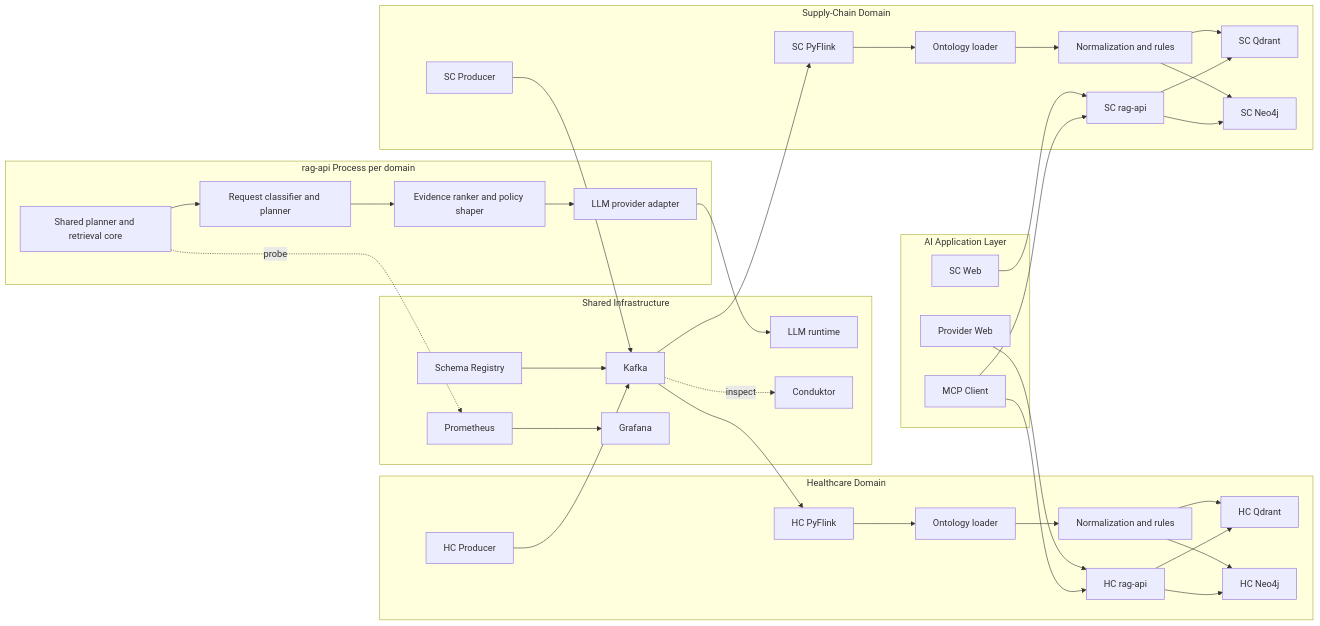
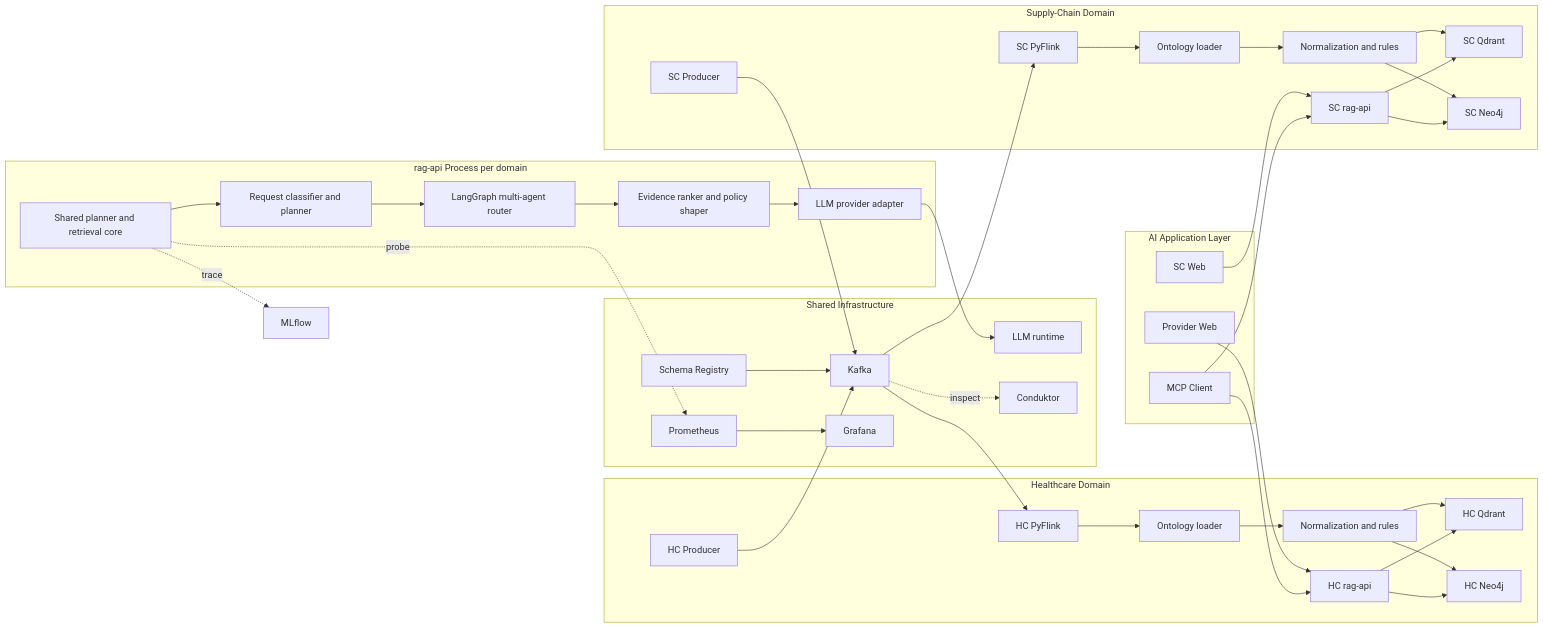
Before and after one commit to wchen-dea/Agentic-AI-Healthcare-GraphRAG: the first of 4 diagrams in docs/architecture.md, drawn with Mermaid. The commit also changed other lines of this file and 26 other files, not shown here.

Commit message:
LangGraph, MLflow, LangSmith

````diff
--- a/docs/architecture.md
+++ b/docs/architecture.md
@@ -212,53 +223,55 @@
 ```mermaid
 flowchart LR
   subgraph Infra[Shared Infrastructure]
     K[Kafka]
     SR[Schema Registry] --> K
     L[LLM runtime]
     PR[Prometheus]
     GF[Grafana]
     CDK[Conduktor]
   end
 
   subgraph HC[Healthcare Domain]
     HP[HC Producer] --> K
     K --> HF[HC PyFlink]
     HF --> HOL[Ontology loader]
     HOL --> HNM[Normalization and rules]
     HNM --> HQ[HC Qdrant]
     HNM --> HN[HC Neo4j]
     HRAG[HC rag-api] --> HQ
     HRAG --> HN
   end
 
   subgraph SC[Supply-Chain Domain]
     SP[SC Producer] --> K
     K --> SF[SC PyFlink]
     SF --> SOL[Ontology loader]
     SOL --> SNM[Normalization and rules]
     SNM --> SQ[SC Qdrant]
     SNM --> SN[SC Neo4j]
     SRAG[SC rag-api] --> SQ
     SRAG --> SN
   end
 
   subgraph APIProc[rag-api Process per domain]
     CORE[Shared planner and retrieval core]
     PLAN[Request classifier and planner]
     RANK[Evidence ranker and policy shaper]
+    LGRAPH[LangGraph multi-agent router]
     ADAPT[LLM provider adapter]
-    CORE --> PLAN --> RANK --> ADAPT
+    CORE --> PLAN --> LGRAPH --> RANK --> ADAPT
   end
 
   subgraph AI[AI Application Layer]
     UI[Provider Web] --> HRAG
     UI2[SC Web] --> SRAG
     MCPClient[MCP Client] --> HRAG
     MCPClient --> SRAG
     ADAPT --> L
   end
 
   K -. inspect .-> CDK
   CORE -. probe .-> PR
   PR --> GF
+  CORE -. trace .-> MLF[MLflow]
 ```
````
